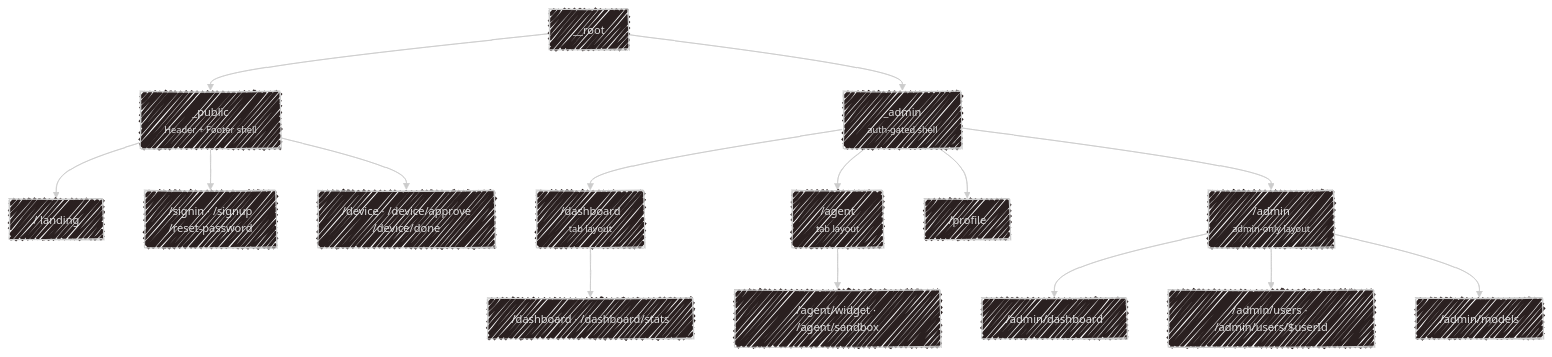
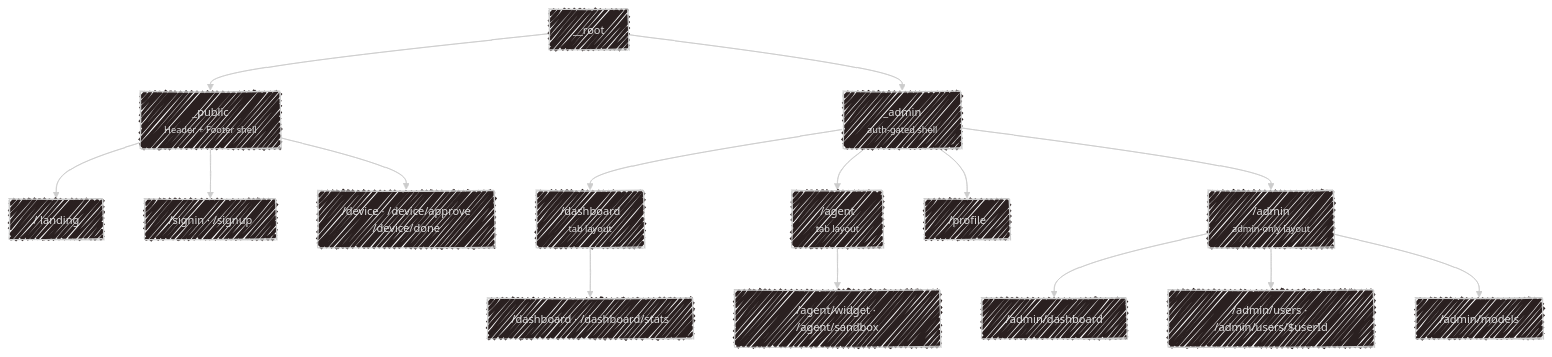
The diagram in docs/development/web.md (SubZtep/kaja), drawn with Mermaid before and after one commit. The commit also changed other lines of this file and 70 other files, not shown here.

````diff
--- a/docs/development/web.md
+++ b/docs/development/web.md
@@ -14,24 +14,24 @@
 ```mermaid
 ---
 config:
   look: handDrawn
   theme: neo-dark
 ---
 flowchart TD
     R["__root"] --> P["_public<br><small>Header + Footer shell</small>"]
     R --> A["_admin<br><small>auth-gated shell</small>"]
 
     P --> L["/ landing"]
-    P --> S["/signin · /signup<br>/reset-password"]
+    P --> S["/signin · /signup"]
     P --> D["/device · /device/approve<br>/device/done"]
 
     A --> DA["/dashboard<br><small>tab layout</small>"]
     DA --> DA2["/dashboard · /dashboard/stats"]
     A --> AG["/agent<br><small>tab layout</small>"]
     AG --> AG2["/agent/widget · /agent/sandbox"]
     A --> PR["/profile"]
     A --> AD["/admin<br><small>admin-only layout</small>"]
     AD --> AD2["/admin/dashboard"]
     AD --> U["/admin/users · /admin/users/$userId"]
     AD --> M["/admin/models"]
 ```
````
